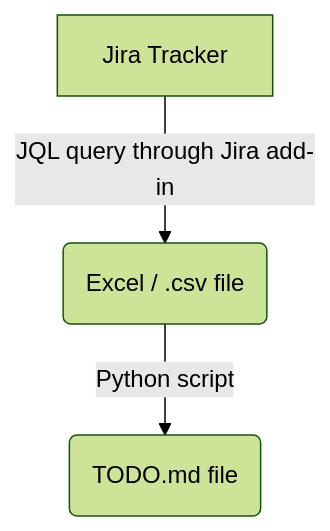
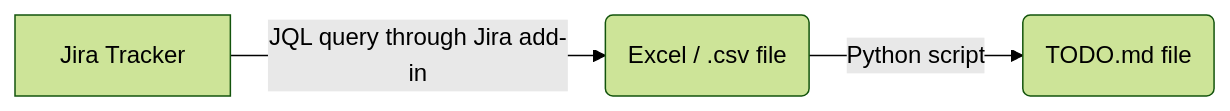
The diagram in TODO-fp-data-toolbox.md (fredapires/fp-data-toolbox), drawn with Mermaid (forest theme) before and after one commit.

````diff
--- a/TODO-fp-data-toolbox.md
+++ b/TODO-fp-data-toolbox.md
@@ -11,5 +11,5 @@
 ```mermaid
-graph TD
+graph LR
     A[Jira Tracker] -->|JQL query through Jira add-in| B(Excel / .csv file) -->|Python script| C(TODO.md file)
     
 ```
````
